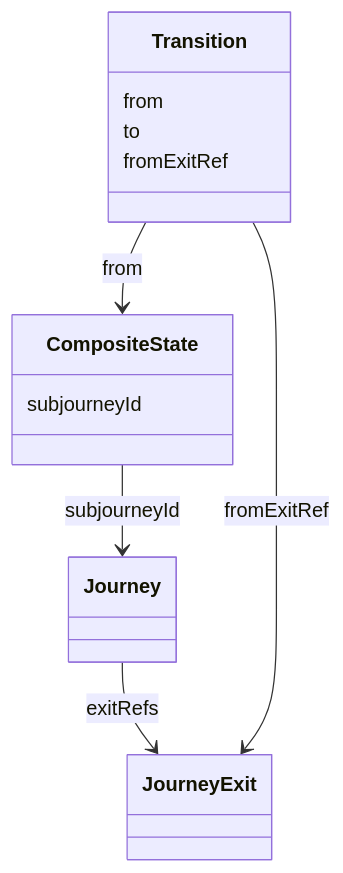
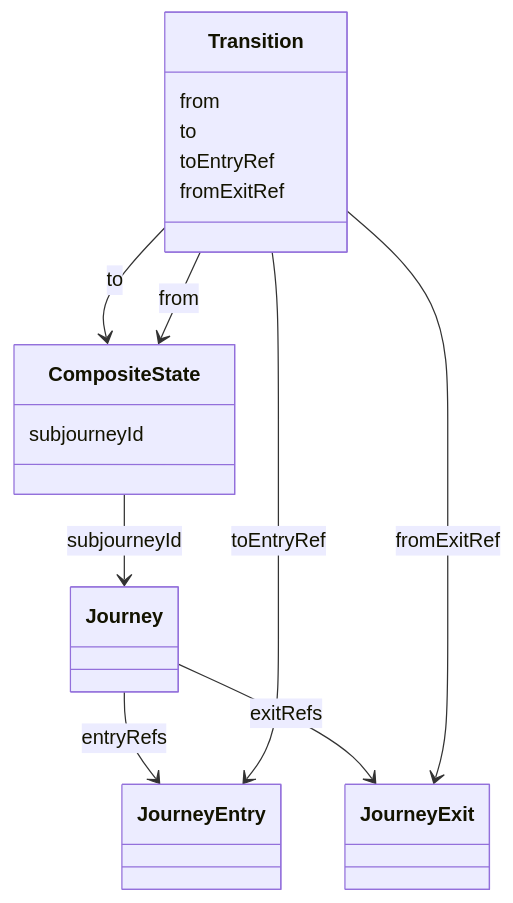
The ninth of 12 diagrams in specs/ed/graph/index.md (openuji/spec-ujg), drawn with Mermaid before and after one commit. The commit also changed other lines of this file and 35 other files, not shown here.

````diff
--- a/specs/ed/graph/index.md
+++ b/specs/ed/graph/index.md
@@ -473,18 +585,23 @@
 ```mermaid
 classDiagram
   class Journey
   class CompositeState {
     subjourneyId
   }
+  class JourneyEntry
   class JourneyExit
   class Transition {
     from
     to
+    toEntryRef
     fromExitRef
   }
 
   CompositeState --> Journey : subjourneyId
+  Journey --> JourneyEntry : entryRefs
   Journey --> JourneyExit : exitRefs
+  Transition --> CompositeState : to
+  Transition --> JourneyEntry : toEntryRef
   Transition --> CompositeState : from
   Transition --> JourneyExit : fromExitRef
 ```
````
